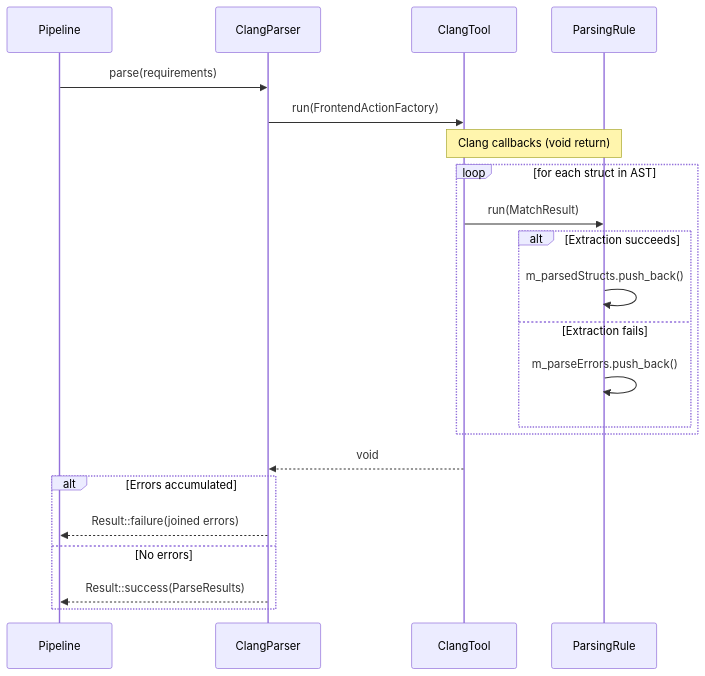
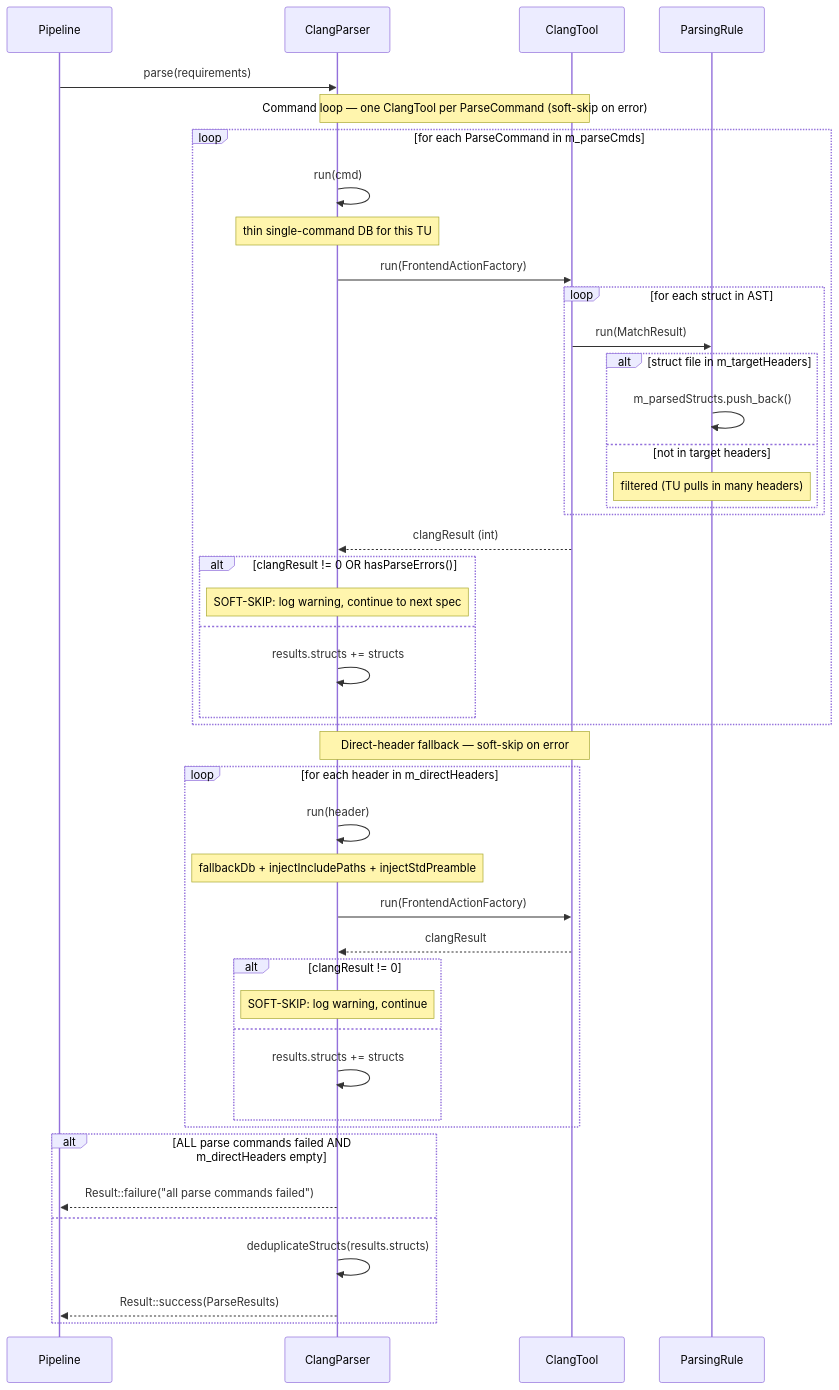
One commit to turakz/alchemy changed the sixth of 10 diagrams in docs/design/sequence-diagrams.md. Above: the diagram before and after it, drawn with Mermaid. The commit also changed other lines of this file and 122 other files, not shown here.

````diff
--- a/docs/design/sequence-diagrams.md
+++ b/docs/design/sequence-diagrams.md
@@ -326,28 +440,50 @@
 ```mermaid
 sequenceDiagram
     participant Pipeline
     participant ClangParser
     participant ClangTool
     participant ParsingRule
 
     Pipeline->>ClangParser: parse(requirements)
-    ClangParser->>ClangTool: run(FrontendActionFactory)
 
-    Note over ClangTool,ParsingRule: Clang callbacks (void return)
-    loop for each struct in AST
-        ClangTool->>ParsingRule: run(MatchResult)
-        alt Extraction succeeds
-            ParsingRule->>ParsingRule: m_parsedStructs.push_back()
-        else Extraction fails
-            ParsingRule->>ParsingRule: m_parseErrors.push_back()
+    Note over ClangParser,ClangTool: Command loop — one ClangTool per ParseCommand (soft-skip on error)
+    loop for each ParseCommand in m_parseCmds
+        ClangParser->>ClangParser: run(cmd)
+        Note over ClangParser: thin single-command DB for this TU
+        ClangParser->>ClangTool: run(FrontendActionFactory)
+        loop for each struct in AST
+            ClangTool->>ParsingRule: run(MatchResult)
+            alt struct file in m_targetHeaders
+                ParsingRule->>ParsingRule: m_parsedStructs.push_back()
+            else not in target headers
+                Note over ParsingRule: filtered (TU pulls in many headers)
+            end
+        end
+        ClangTool-->>ClangParser: clangResult (int)
+        alt clangResult != 0 OR hasParseErrors()
+            Note over ClangParser: SOFT-SKIP: log warning, continue to next spec
+        else
+            ClangParser->>ClangParser: results.structs += structs
         end
     end
 
-    ClangTool-->>ClangParser: void
+    Note over ClangParser,ClangTool: Direct-header fallback — soft-skip on error
+    loop for each header in m_directHeaders
+        ClangParser->>ClangParser: run(header)
+        Note over ClangParser: fallbackDb + injectIncludePaths + injectStdPreamble
+        ClangParser->>ClangTool: run(FrontendActionFactory)
+        ClangTool-->>ClangParser: clangResult
+        alt clangResult != 0
+            Note over ClangParser: SOFT-SKIP: log warning, continue
+        else
+            ClangParser->>ClangParser: results.structs += structs
+        end
+    end
 
-    alt Errors accumulated
-        ClangParser-->>Pipeline: Result::failure(joined errors)
-    else No errors
+    alt ALL parse commands failed AND m_directHeaders empty
+        ClangParser-->>Pipeline: Result::failure("all parse commands failed")
+    else
+        ClangParser->>ClangParser: deduplicateStructs(results.structs)
         ClangParser-->>Pipeline: Result::success(ParseResults)
     end
 ```
````
